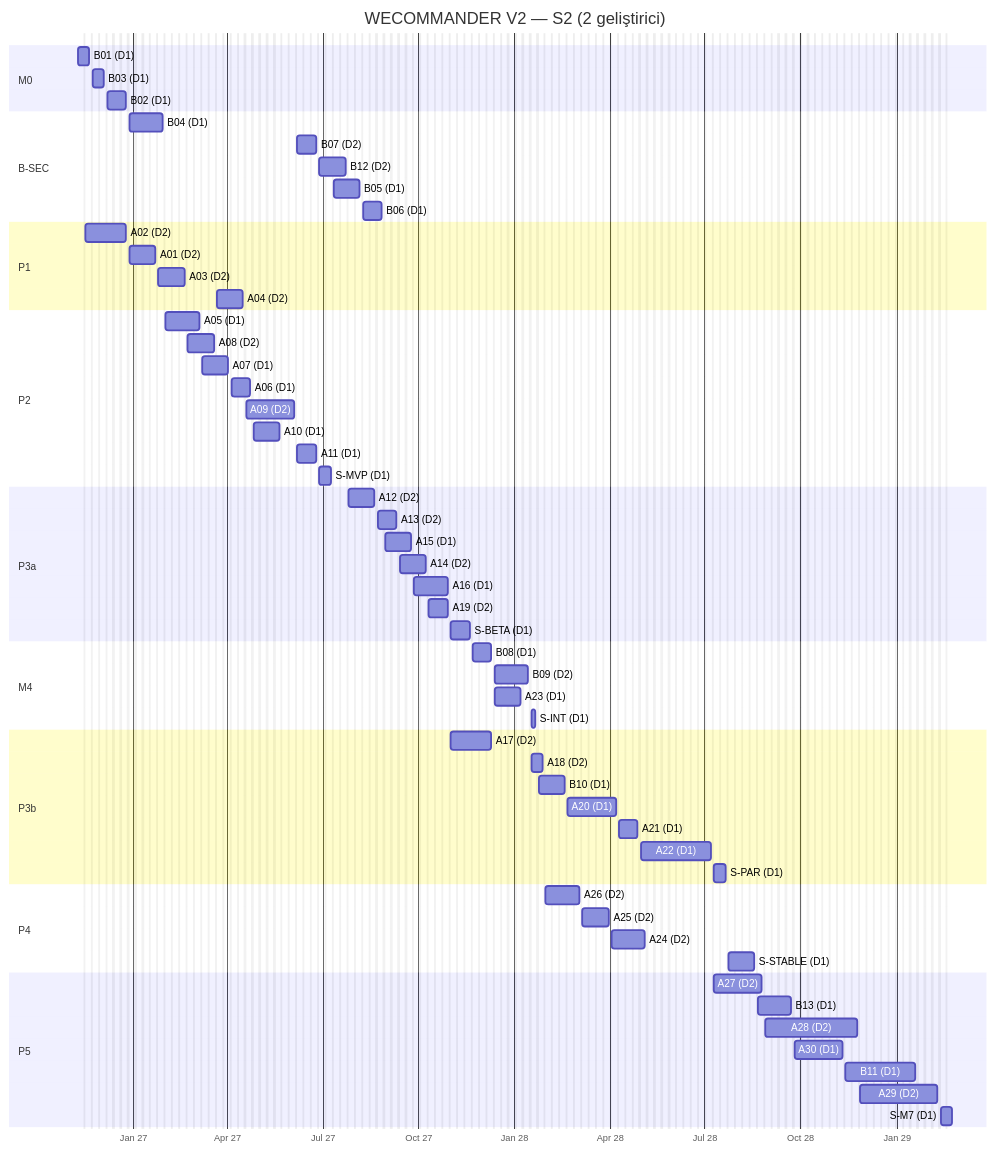
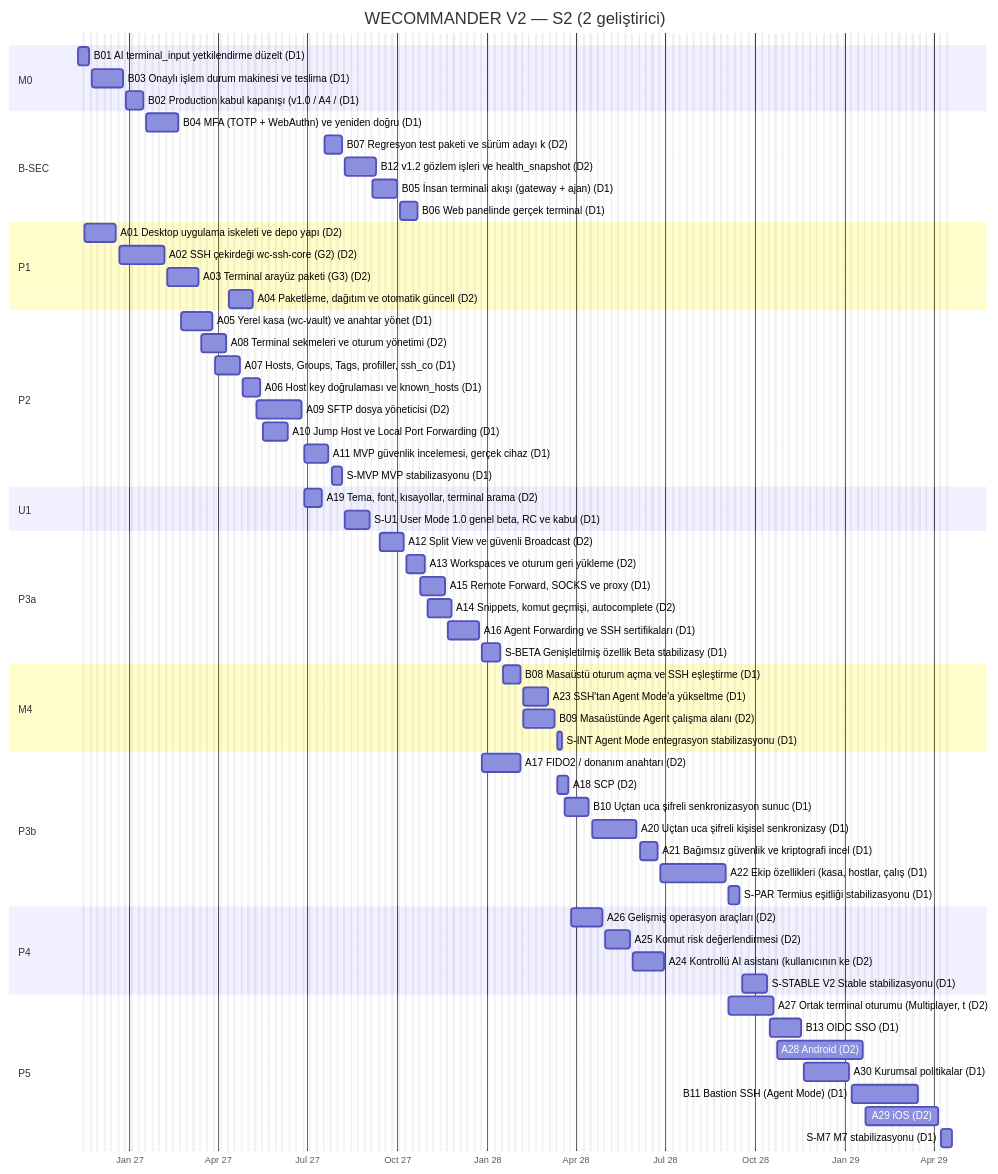
The first of 3 diagrams in plans/WECOMMANDER_V2_DEVELOPMENT_CALENDAR.md (orhanbal/webrising-commender), drawn with Mermaid before and after one commit. The commit also changed other lines of this file and 10 other files, not shown here.

First line of the commit message:
Plan v0.2: reproducible V2 scheduler, validation gates, B03 state machine, User Mode 1.0 Stable

````diff
--- a/plans/WECOMMANDER_V2_DEVELOPMENT_CALENDAR.md
+++ b/plans/WECOMMANDER_V2_DEVELOPMENT_CALENDAR.md
@@ -136,65 +121,67 @@
 ```mermaid
 gantt
     title WECOMMANDER V2 — S2 (2 geliştirici)
     dateFormat YYYY-MM-DD
     axisFormat %b %y
     excludes weekends
     section M0
-    B01 (D1) :B01, 2026-11-09, 2026-11-20
-    B03 (D1) :B03, 2026-11-23, 2026-12-04
-    B02 (D1) :B02, 2026-12-07, 2026-12-25
+    B01 AI terminal_input yetkilendirme düzelt (D1) :B01, 2026-11-09, 2026-11-20
+    B03 Onaylı işlem durum makinesi ve teslima (D1) :B03, 2026-11-23, 2026-12-25
+    B02 Production kabul kapanışı (v1.0 / A4 / (D1) :B02, 2026-12-28, 2027-01-15
     section B-SEC
-    B04 (D1) :B04, 2026-12-28, 2027-01-29
-    B07 (D2) :B07, 2027-06-07, 2027-06-25
-    B12 (D2) :B12, 2027-06-28, 2027-07-23
-    B05 (D1) :B05, 2027-07-12, 2027-08-06
-    B06 (D1) :B06, 2027-08-09, 2027-08-27
+    B04 MFA (TOTP + WebAuthn) ve yeniden doğru (D1) :B04, 2027-01-18, 2027-02-19
+    B07 Regresyon test paketi ve sürüm adayı k (D2) :B07, 2027-07-19, 2027-08-06
+    B12 v1.2 gözlem işleri ve health_snapshot  (D2) :B12, 2027-08-09, 2027-09-10
+    B05 İnsan terminali akışı (gateway + ajan) (D1) :B05, 2027-09-06, 2027-10-01
+    B06 Web panelinde gerçek terminal (D1) :B06, 2027-10-04, 2027-10-22
     section P1
-    A02 (D2) :A02, 2026-11-16, 2026-12-25
-    A01 (D2) :A01, 2026-12-28, 2027-01-22
-    A03 (D2) :A03, 2027-01-25, 2027-02-19
-    A04 (D2) :A04, 2027-03-22, 2027-04-16
+    A01 Desktop uygulama iskeleti ve depo yapı (D2) :A01, 2026-11-16, 2026-12-18
+    A02 SSH çekirdeği wc-ssh-core (G2) (D2) :A02, 2026-12-21, 2027-02-05
+    A03 Terminal arayüz paketi (G3) (D2) :A03, 2027-02-08, 2027-03-12
+    A04 Paketleme, dağıtım ve otomatik güncell (D2) :A04, 2027-04-12, 2027-05-07
     section P2
-    A05 (D1) :A05, 2027-02-01, 2027-03-05
-    A08 (D2) :A08, 2027-02-22, 2027-03-19
-    A07 (D1) :A07, 2027-03-08, 2027-04-02
-    A06 (D1) :A06, 2027-04-05, 2027-04-23
-    A09 (D2) :A09, 2027-04-19, 2027-06-04
-    A10 (D1) :A10, 2027-04-26, 2027-05-21
-    A11 (D1) :A11, 2027-06-07, 2027-06-25
-    S-MVP (D1) :SMVP, 2027-06-28, 2027-07-09
+    A05 Yerel kasa (wc-vault) ve anahtar yönet (D1) :A05, 2027-02-22, 2027-03-26
+    A08 Terminal sekmeleri ve oturum yönetimi (D2) :A08, 2027-03-15, 2027-04-09
+    A07 Hosts, Groups, Tags, profiller, ssh_co (D1) :A07, 2027-03-29, 2027-04-23
+    A06 Host key doğrulaması ve known_hosts (D1) :A06, 2027-04-26, 2027-05-14
+    A09 SFTP dosya yöneticisi (D2) :A09, 2027-05-10, 2027-06-25
+    A10 Jump Host ve Local Port Forwarding (D1) :A10, 2027-05-17, 2027-06-11
+    A11 MVP güvenlik incelemesi, gerçek cihaz  (D1) :A11, 2027-06-28, 2027-07-23
+    S-MVP MVP stabilizasyonu (D1) :SMVP, 2027-07-26, 2027-08-06
+    section U1
+    A19 Tema, font, kısayollar, terminal arama (D2) :A19, 2027-06-28, 2027-07-16
+    S-U1 User Mode 1.0 genel beta, RC ve kabul (D1) :SU1, 2027-08-09, 2027-09-03
     section P3a
-    A12 (D2) :A12, 2027-07-26, 2027-08-20
-    A13 (D2) :A13, 2027-08-23, 2027-09-10
-    A15 (D1) :A15, 2027-08-30, 2027-09-24
-    A14 (D2) :A14, 2027-09-13, 2027-10-08
-    A16 (D1) :A16, 2027-09-27, 2027-10-29
-    A19 (D2) :A19, 2027-10-11, 2027-10-29
-    S-BETA (D1) :SBETA, 2027-11-01, 2027-11-19
+    A12 Split View ve güvenli Broadcast (D2) :A12, 2027-09-13, 2027-10-08
+    A13 Workspaces ve oturum geri yükleme (D2) :A13, 2027-10-11, 2027-10-29
+    A15 Remote Forward, SOCKS ve proxy (D1) :A15, 2027-10-25, 2027-11-19
+    A14 Snippets, komut geçmişi, autocomplete (D2) :A14, 2027-11-01, 2027-11-26
+    A16 Agent Forwarding ve SSH sertifikaları (D1) :A16, 2027-11-22, 2027-12-24
+    S-BETA Genişletilmiş özellik Beta stabilizasy (D1) :SBETA, 2027-12-27, 2028-01-14
     section M4
-    B08 (D1) :B08, 2027-11-22, 2027-12-10
-    B09 (D2) :B09, 2027-12-13, 2028-01-14
-    A23 (D1) :A23, 2027-12-13, 2028-01-07
-    S-INT (D1) :SINT, 2028-01-17, 2028-01-21
+    B08 Masaüstü oturum açma ve SSH eşleştirme (D1) :B08, 2028-01-17, 2028-02-04
+    A23 SSH'tan Agent Mode'a yükseltme (D1) :A23, 2028-02-07, 2028-03-03
+    B09 Masaüstünde Agent çalışma alanı (D2) :B09, 2028-02-07, 2028-03-10
+    S-INT Agent Mode entegrasyon stabilizasyonu (D1) :SINT, 2028-03-13, 2028-03-17
     section P3b
-    A17 (D2) :A17, 2027-11-01, 2027-12-10
-    A18 (D2) :A18, 2028-01-17, 2028-01-28
-    B10 (D1) :B10, 2028-01-24, 2028-02-18
-    A20 (D1) :A20, 2028-02-21, 2028-04-07
-    A21 (D1) :A21, 2028-04-10, 2028-04-28
-    A22 (D1) :A22, 2028-05-01, 2028-07-07
-    S-PAR (D1) :SPAR, 2028-07-10, 2028-07-21
+    A17 FIDO2 / donanım anahtarı (D2) :A17, 2027-12-27, 2028-02-04
+    A18 SCP (D2) :A18, 2028-03-13, 2028-03-24
+    B10 Uçtan uca şifreli senkronizasyon sunuc (D1) :B10, 2028-03-20, 2028-04-14
+    A20 Uçtan uca şifreli kişisel senkronizasy (D1) :A20, 2028-04-17, 2028-06-02
+    A21 Bağımsız güvenlik ve kriptografi incel (D1) :A21, 2028-06-05, 2028-06-23
+    A22 Ekip özellikleri (kasa, hostlar, çalış (D1) :A22, 2028-06-26, 2028-09-01
+    S-PAR Termius eşitliği stabilizasyonu (D1) :SPAR, 2028-09-04, 2028-09-15
     section P4
-    A26 (D2) :A26, 2028-01-31, 2028-03-03
-    A25 (D2) :A25, 2028-03-06, 2028-03-31
-    A24 (D2) :A24, 2028-04-03, 2028-05-05
-    S-STABLE (D1) :SSTABLE, 2028-07-24, 2028-08-18
+    A26 Gelişmiş operasyon araçları (D2) :A26, 2028-03-27, 2028-04-28
+    A25 Komut risk değerlendirmesi (D2) :A25, 2028-05-01, 2028-05-26
+    A24 Kontrollü AI asistanı (kullanıcının ke (D2) :A24, 2028-05-29, 2028-06-30
+    S-STABLE V2 Stable stabilizasyonu (D1) :SSTABLE, 2028-09-18, 2028-10-13
     section P5
-    A27 (D2) :A27, 2028-07-10, 2028-08-25
-    B13 (D1) :B13, 2028-08-21, 2028-09-22
-    A28 (D2) :A28, 2028-08-28, 2028-11-24
-    A30 (D1) :A30, 2028-09-25, 2028-11-10
-    B11 (D1) :B11, 2028-11-13, 2029-01-19
-    A29 (D2) :A29, 2028-11-27, 2029-02-09
-    S-M7 (D1) :SM7, 2029-02-12, 2029-02-23
+    A27 Ortak terminal oturumu (Multiplayer, t (D2) :A27, 2028-09-04, 2028-10-20
+    B13 OIDC SSO (D1) :B13, 2028-10-16, 2028-11-17
+    A28 Android (D2) :A28, 2028-10-23, 2029-01-19
+    A30 Kurumsal politikalar (D1) :A30, 2028-11-20, 2029-01-05
+    B11 Bastion SSH (Agent Mode) (D1) :B11, 2029-01-08, 2029-03-16
+    A29 iOS (D2) :A29, 2029-01-22, 2029-04-06
+    S-M7 M7 stabilizasyonu (D1) :SM7, 2029-04-09, 2029-04-20
 ```
````
